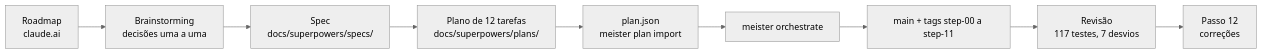
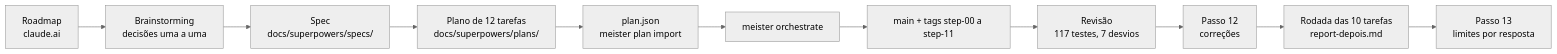
One commit to CristianonCarvalho/harness-p1-agente-minimo changed the second of 6 diagrams in docs/arquitetura/07-processo.md. Above: the diagram before and after it, drawn with Mermaid (neutral theme). The commit also changed other lines of this file and 6 other files, not shown here.

````diff
--- a/docs/arquitetura/07-processo.md
+++ b/docs/arquitetura/07-processo.md
@@ -21,11 +21,13 @@
 ```mermaid
 flowchart LR
     a["Roadmap<br/>claude.ai"] --> b["Brainstorming<br/>decisões uma a uma"]
     b --> c["Spec<br/>docs/superpowers/specs/"]
     c --> d["Plano de 12 tarefas<br/>docs/superpowers/plans/"]
     d --> e["plan.json<br/>meister plan import"]
     e --> f["meister orchestrate"]
     f --> g["main + tags step-00 a step-11"]
     g --> h["Revisão<br/>117 testes, 7 desvios"]
     h --> i["Passo 12<br/>correções"]
+    i --> j["Rodada das 10 tarefas<br/>report-depois.md"]
+    j --> k["Passo 13<br/>limites por resposta"]
 ```
````
